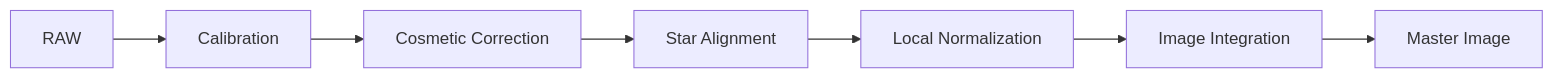
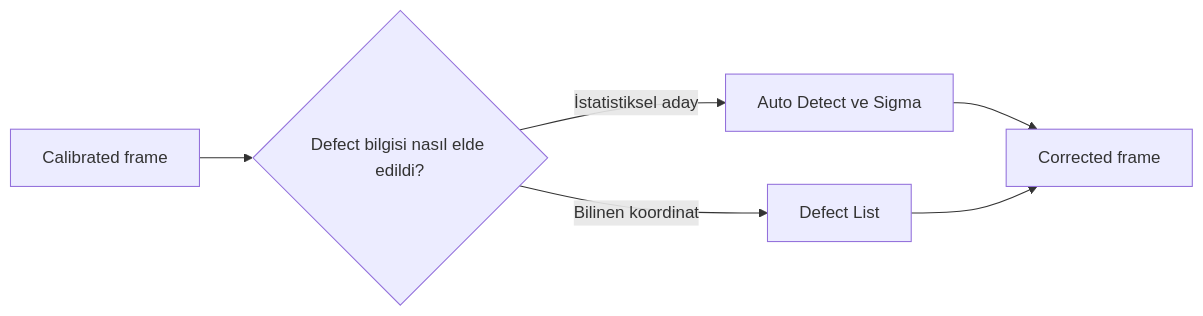
The first of 2 diagrams in docs/03-kalibrasyon/cosmetic-correction.md (esenbaytekin/PixInsight-Master-Guide), drawn with Mermaid before and after one commit. The commit also changed other lines of this file and 11 other files, not shown here.

````diff
--- a/docs/03-kalibrasyon/cosmetic-correction.md
+++ b/docs/03-kalibrasyon/cosmetic-correction.md
@@ -16,9 +16,8 @@
 ```mermaid
 flowchart LR
- RAW["RAW"] --> CAL["Calibration"]
- CAL --> CC["Cosmetic Correction"]
- CC --> SA["Star Alignment"]
- SA --> LN["Local Normalization"]
- LN --> II["Image Integration"]
- II --> MASTER["Master Image"]
+    calibrated["Calibrated frame"] --> sourceq{"Defect bilgisi nasıl elde edildi?"}
+    sourceq -- "İstatistiksel aday" --> auto["Auto Detect ve Sigma"]
+    sourceq -- "Bilinen koordinat" --> list["Defect List"]
+    auto --> corrected["Corrected frame"]
+    list --> corrected
 ```
````
